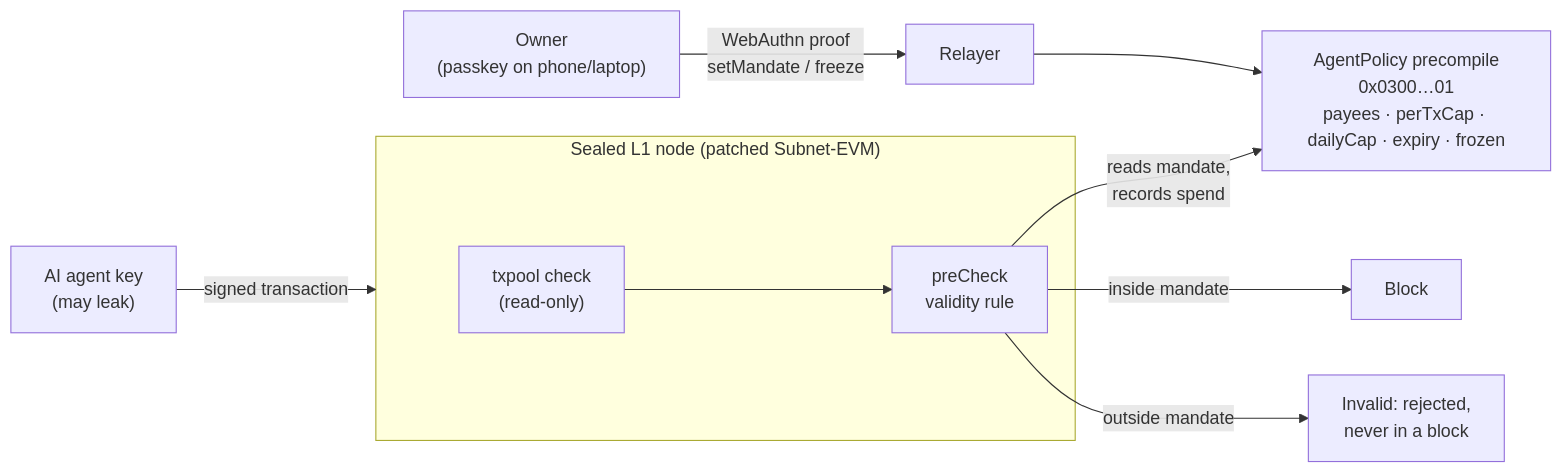
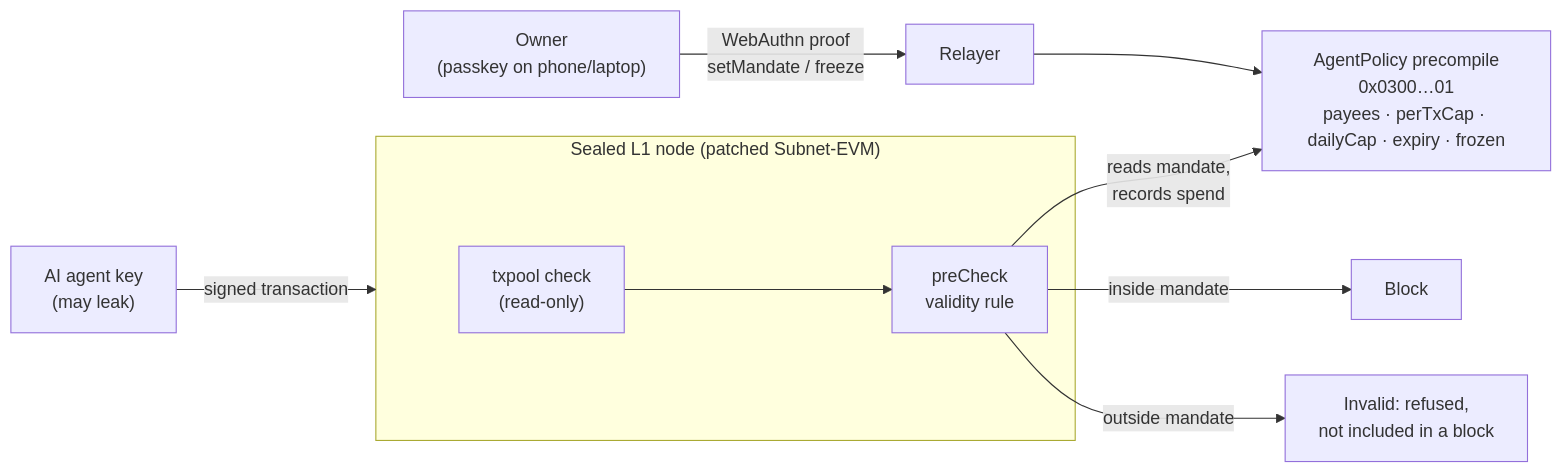
The diagram in README.md (NeitLN/Sealed-Arena), drawn with Mermaid before and after one commit. The commit also changed other lines of this file, not shown here.

````diff
--- a/README.md
+++ b/README.md
@@ -23,12 +25,12 @@
 ```mermaid
 flowchart LR
     owner["Owner<br/>(passkey on phone/laptop)"] -- "WebAuthn proof<br/>setMandate / freeze" --> relayer["Relayer"]
     relayer --> policy["AgentPolicy precompile<br/>0x0300…01<br/>payees · perTxCap · dailyCap · expiry · frozen"]
     agent["AI agent key<br/>(may leak)"] -- "signed transaction" --> node
     subgraph node["Sealed L1 node (patched Subnet-EVM)"]
       pool["txpool check<br/>(read-only)"] --> pre["preCheck<br/>validity rule"]
     end
     pre -- "reads mandate,<br/>records spend" --> policy
     pre -- "inside mandate" --> block["Block"]
-    pre -- "outside mandate" --> reject["Invalid: rejected,<br/>never in a block"]
+    pre -- "outside mandate" --> reject["Invalid: refused,<br/>not included in a block"]
 ```
````
